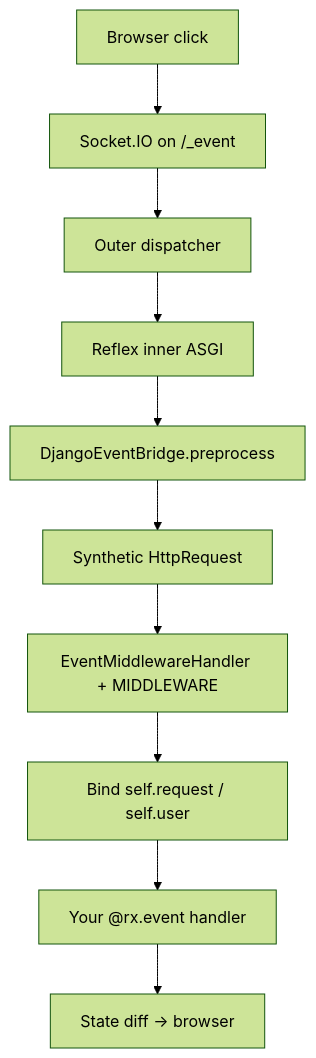
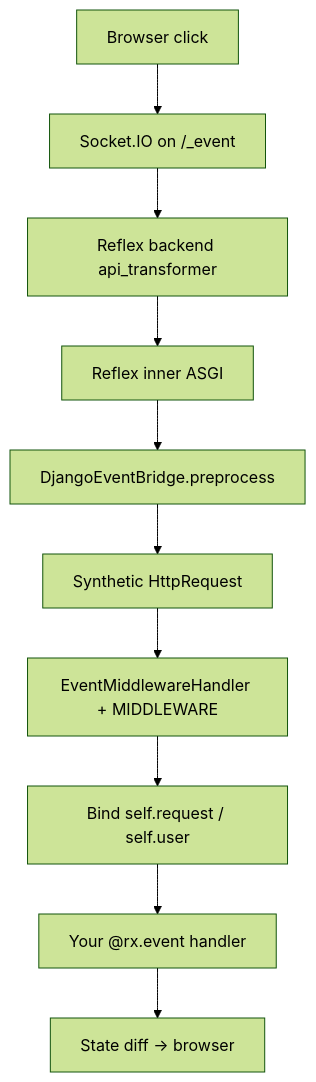
One commit to web7ai/reflex-django changed the diagram in docs/websocket_event_pipeline.md. Above: the diagram before and after it, drawn with Mermaid (forest theme). The commit also changed other lines of this file and 80 other files, not shown here.

````diff
--- a/docs/websocket_event_pipeline.md
+++ b/docs/websocket_event_pipeline.md
@@ -42,12 +45,12 @@
 ```mermaid
 flowchart TD
     A[Browser click] --> B[Socket.IO on /_event]
-    B --> C[Outer dispatcher]
+    B --> C[Reflex backend api_transformer]
     C --> D[Reflex inner ASGI]
     D --> E[DjangoEventBridge.preprocess]
     E --> F[Synthetic HttpRequest]
     F --> G[EventMiddlewareHandler + MIDDLEWARE]
     G --> H[Bind self.request / self.user]
     H --> I["Your @rx.event handler"]
     I --> J[State diff → browser]
 ```
````
